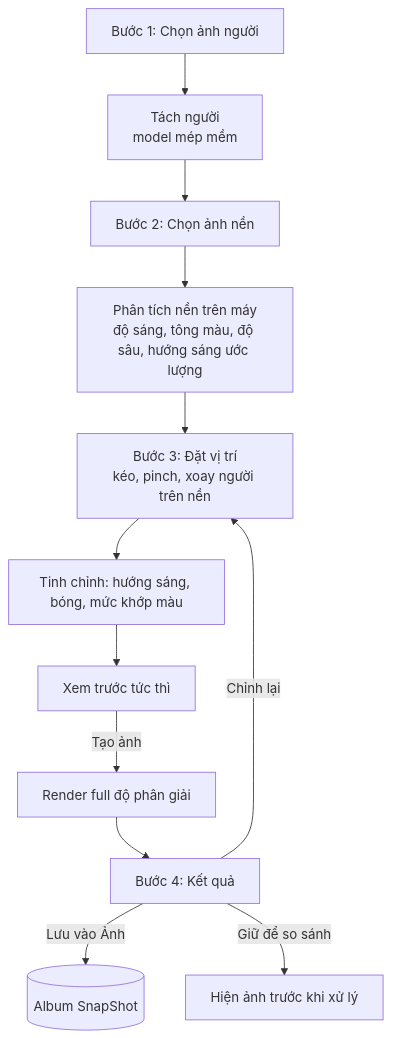
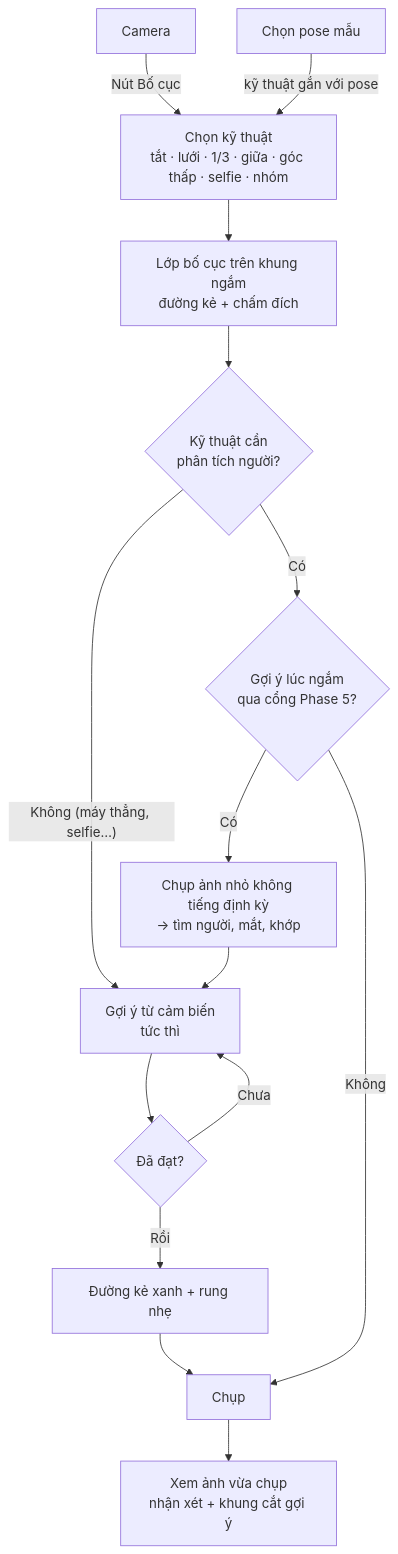
The fourth of 7 diagrams in docs/business-flow.md (tktnq2004/TakeASnap), drawn with Mermaid before and after one commit. The commit also changed other lines of this file and 2 other files, not shown here.

First line of the commit message:
docs: Phase 5 đổi từ Thay nền sang Trợ lý bố cục

````diff
--- a/docs/business-flow.md
+++ b/docs/business-flow.md
@@ -233,14 +254,17 @@
 ```mermaid
 flowchart TD
-    S1[Bước 1: Chọn ảnh người] --> SEG[Tách người<br/>model mép mềm]
-    SEG --> S2[Bước 2: Chọn ảnh nền]
-    S2 --> AN[Phân tích nền trên máy<br/>độ sáng, tông màu, độ sâu, hướng sáng ước lượng]
-    AN --> S3[Bước 3: Đặt vị trí<br/>kéo, pinch, xoay người trên nền]
-    S3 --> ADJ[Tinh chỉnh: hướng sáng, bóng, mức khớp màu]
-    ADJ --> PRE[Xem trước tức thì]
-    PRE -- "Tạo ảnh" --> OUT[Render full độ phân giải]
-    OUT --> S4[Bước 4: Kết quả]
-    S4 -- "Lưu vào Ảnh" --> SAVE[(Album SnapShot)]
-    S4 -- "Giữ để so sánh" --> CMP[Hiện ảnh trước khi xử lý]
-    S4 -- "Chỉnh lại" --> S3
+    CAM[Camera] -- "Nút Bố cục" --> PICK[Chọn kỹ thuật<br/>tắt · lưới · 1/3 · giữa · góc thấp · selfie · nhóm]
+    POSE[Chọn pose mẫu] -- "kỹ thuật gắn với pose" --> PICK
+    PICK --> GUIDE[Lớp bố cục trên khung ngắm<br/>đường kẻ + chấm đích]
+    GUIDE --> SENSE{Kỹ thuật cần<br/>phân tích người?}
+    SENSE -- "Không (máy thẳng, selfie…)" --> HINT[Gợi ý từ cảm biến<br/>tức thì]
+    SENSE -- "Có" --> LIVE{Gợi ý lúc ngắm<br/>qua cổng Phase 5?}
+    LIVE -- "Có" --> ANALYZE[Chụp ảnh nhỏ không tiếng định kỳ<br/>→ tìm người, mắt, khớp]
+    ANALYZE --> HINT
+    LIVE -- "Không" --> SHOOT
+    HINT --> OK{Đã đạt?}
+    OK -- "Chưa" --> HINT
+    OK -- "Rồi" --> GREEN[Đường kẻ xanh + rung nhẹ]
+    GREEN --> SHOOT[Chụp]
+    SHOOT --> REVIEW[Xem ảnh vừa chụp<br/>nhận xét + khung cắt gợi ý]
 ```
````
